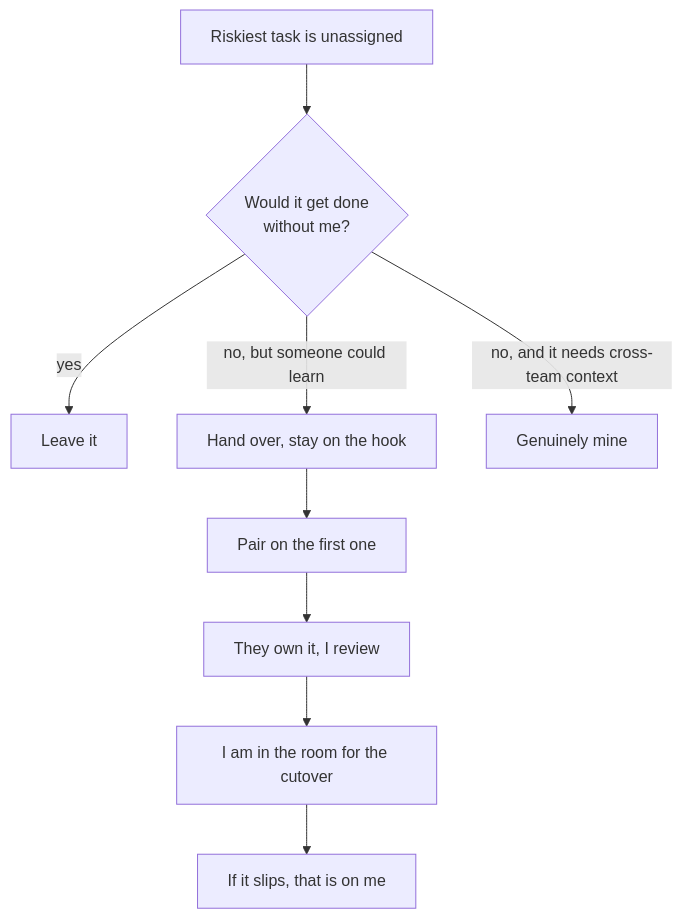
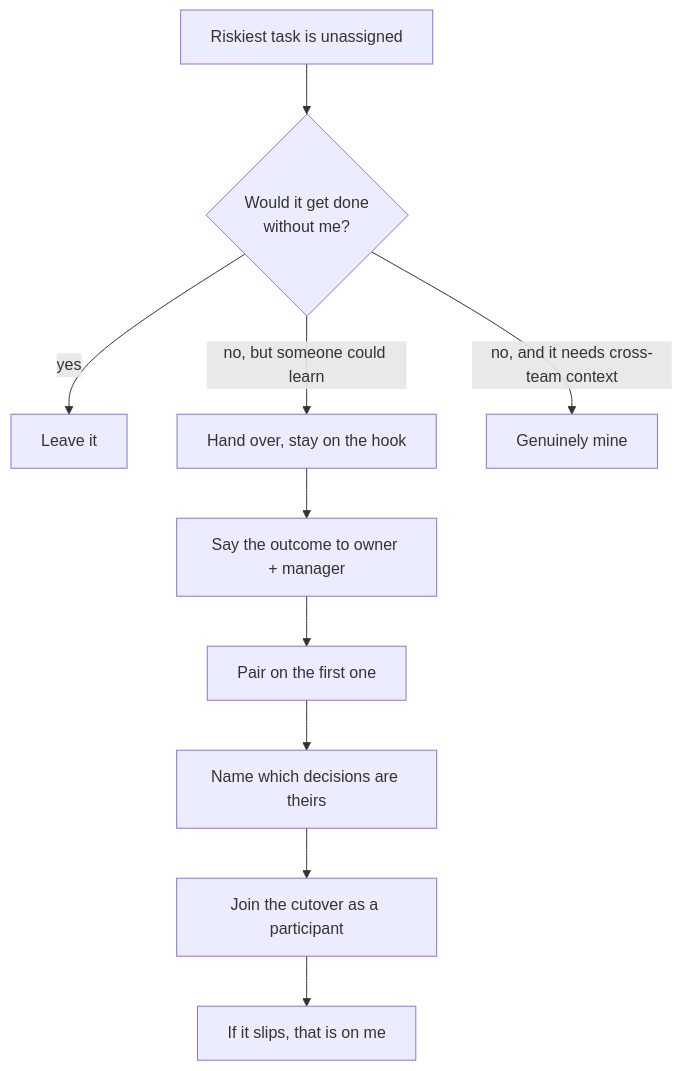
Before and after one commit to cizambra/atlas: the diagram in content/staff/senior-to-staff-what-to-stop.md, drawn with Mermaid. The commit also changed other lines of this file, not shown here.

````diff
--- a/content/staff/senior-to-staff-what-to-stop.md
+++ b/content/staff/senior-to-staff-what-to-stop.md
@@ -84,11 +172,12 @@
 ```mermaid
 flowchart TD
   T[Riskiest task is unassigned] --> Q{Would it get done<br/>without me?}
   Q -->|yes| LEAVE[Leave it]
   Q -->|no, but someone could learn| HAND[Hand over, stay on the hook]
   Q -->|no, and it needs cross-team context| MINE[Genuinely mine]
-  HAND --> P[Pair on the first one]
-  P --> O[They own it, I review]
-  O --> C[I am in the room for the cutover]
-  C --> ACC[If it slips, that is on me]
+  HAND --> S1[Say the outcome to owner + manager]
+  S1 --> S2[Pair on the first one]
+  S2 --> S3[Name which decisions are theirs]
+  S3 --> S4[Join the cutover as a participant]
+  S4 --> S5[If it slips, that is on me]
 ```
````
